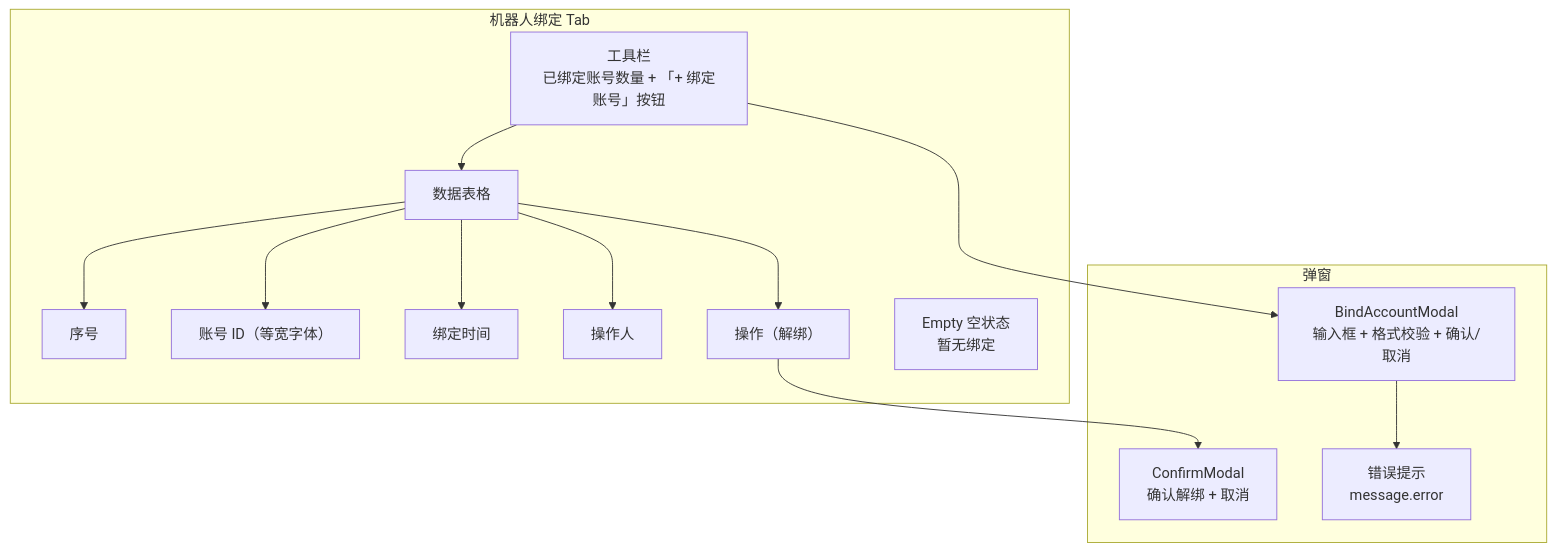
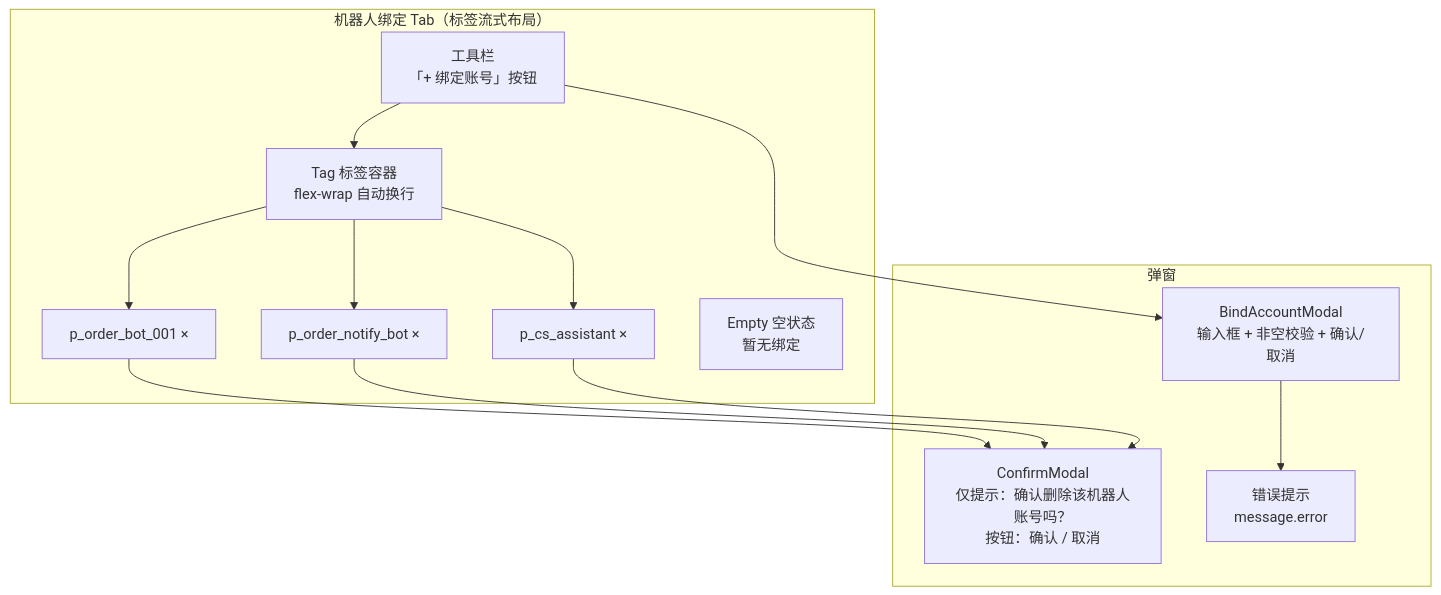
The eighth of 8 diagrams in docs/market-server/app-chatbot-bindtab-requirement.md (THZSummer/open-app), drawn with Mermaid before and after one commit. The commit also changed other lines of this file and 2 other files, not shown here.

First line of the commit message:
feat(chatbot-bindtab): spec v2.0 - contact API validation + tag layout

````diff
--- a/docs/market-server/app-chatbot-bindtab-requirement.md
+++ b/docs/market-server/app-chatbot-bindtab-requirement.md
@@ -530,29 +546,27 @@
 ```mermaid
 graph TD
-    subgraph "机器人绑定 Tab"
-        toolbar["工具栏<br/>已绑定账号数量 + 「+ 绑定账号」按钮"]
-        table["数据表格"]
-        col1["序号"]
-        col2["账号 ID（等宽字体）"]
-        col3["绑定时间"]
-        col4["操作人"]
-        col5["操作（解绑）"]
+    subgraph "机器人绑定 Tab（标签流式布局）"
+        toolbar["工具栏<br/>「+ 绑定账号」按钮"]
+        tags["Tag 标签容器<br/>flex-wrap 自动换行"]
+        tag1["p_order_bot_001 ×"]
+        tag2["p_order_notify_bot ×"]
+        tag3["p_cs_assistant ×"]
         empty["Empty 空状态<br/>暂无绑定"]
     end
 
     subgraph "弹窗"
-        bindmodal["BindAccountModal<br/>输入框 + 格式校验 + 确认/取消"]
-        unbindconfirm["ConfirmModal<br/>确认解绑 + 取消"]
+        bindmodal["BindAccountModal<br/>输入框 + 非空校验 + 确认/取消"]
+        unbindconfirm["ConfirmModal<br/>仅提示：确认删除该机器人账号吗？<br/>按钮：确认 / 取消"]
         errormodal["错误提示<br/>message.error"]
     end
 
-    toolbar --> table
-    table --> col1
-    table --> col2
-    table --> col3
-    table --> col4
-    table --> col5
+    toolbar --> tags
+    tags --> tag1
+    tags --> tag2
+    tags --> tag3
     toolbar --> bindmodal
-    col5 --> unbindconfirm
+    tag1 --> unbindconfirm
+    tag2 --> unbindconfirm
+    tag3 --> unbindconfirm
     bindmodal --> errormodal
 ```
````
